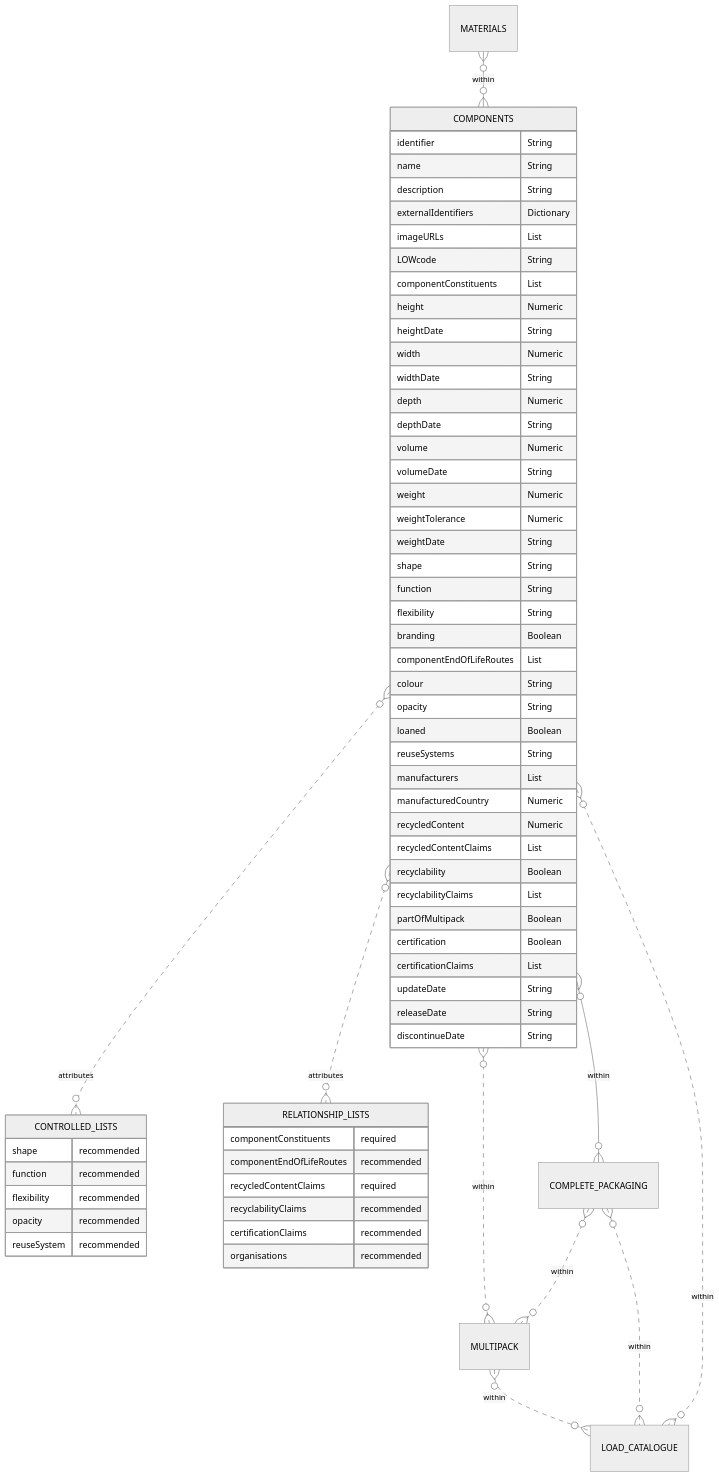
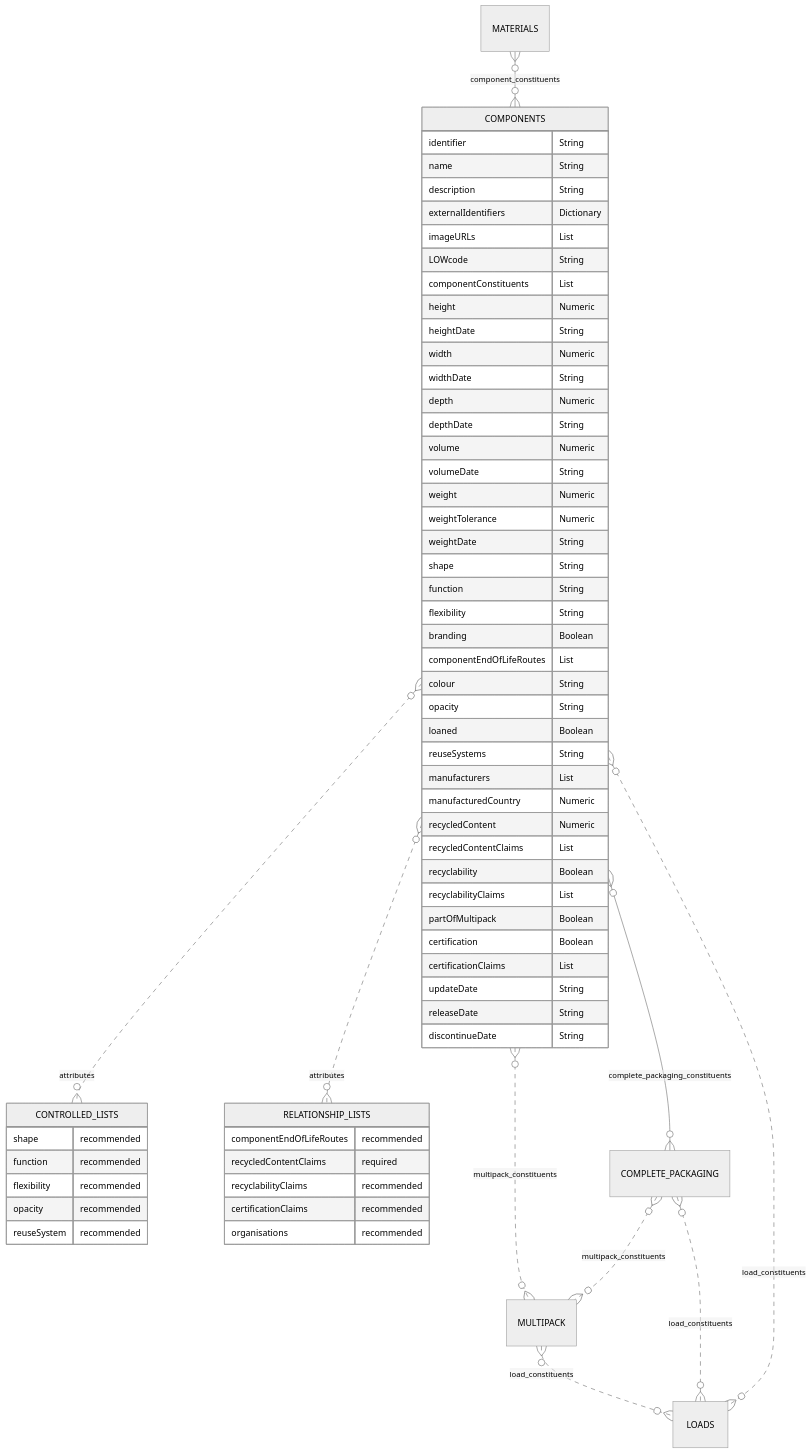
One commit to OpenDataManchester/Open3P changed the diagram in docs/3_Data_Specification/3_3_Components.md. Above: the diagram before and after it, drawn with Mermaid (neutral theme).

Commit message:
Update components with constituent joins

````diff
--- a/docs/3_Data_Specification/3_3_Components.md
+++ b/docs/3_Data_Specification/3_3_Components.md
@@ -56,68 +56,67 @@
 ``` mermaid
 erDiagram
-MATERIALS }o--o{ COMPONENTS : within
+MATERIALS }o--o{ COMPONENTS : component_constituents
   COMPONENTS {
     identifier String
     name String
     description String
     externalIdentifiers Dictionary
     imageURLs List
     LOWcode String
     componentConstituents List
     height Numeric
     heightDate String
     width Numeric
     widthDate String
     depth Numeric
     depthDate String
     volume Numeric
     volumeDate String
     weight Numeric
     weightTolerance Numeric
     weightDate String
     shape String
     function String
     flexibility String
     branding Boolean
     componentEndOfLifeRoutes List
     colour String
     opacity String
     loaned Boolean
     reuseSystems String
     manufacturers List
     manufacturedCountry Numeric
     recycledContent Numeric
     recycledContentClaims List
     recyclability Boolean
     recyclabilityClaims List
     partOfMultipack Boolean
     certification Boolean
     certificationClaims List
     updateDate String
     releaseDate String
     discontinueDate String
   }
   COMPONENTS }o..o{ CONTROLLED_LISTS : attributes
   COMPONENTS }o..o{ RELATIONSHIP_LISTS : attributes
-  COMPONENTS }o--o{ COMPLETE_PACKAGING : within
-  COMPONENTS }o..o{ MULTIPACK : within
-  MULTIPACK }o..o{ LOAD_CATALOGUE : within
-  COMPLETE_PACKAGING }o..o{ MULTIPACK : within
-  COMPLETE_PACKAGING }o..o{ LOAD_CATALOGUE : within
-  COMPONENTS }o..o{ LOAD_CATALOGUE : within
+  COMPONENTS }o--o{ COMPLETE_PACKAGING : complete_packaging_constituents
+  COMPONENTS }o..o{ MULTIPACK : multipack_constituents
+  MULTIPACK }o..o{ LOADS : load_constituents
+  COMPLETE_PACKAGING }o..o{ MULTIPACK : multipack_constituents
+  COMPLETE_PACKAGING }o..o{ LOADS : load_constituents
+  COMPONENTS }o..o{ LOADS : load_constituents
     CONTROLLED_LISTS {
     shape recommended
     function recommended
     flexibility recommended
     opacity recommended
     reuseSystem recommended
   }
   RELATIONSHIP_LISTS {
-    componentConstituents required
     componentEndOfLifeRoutes recommended
     recycledContentClaims required
     recyclabilityClaims recommended
     certificationClaims recommended
     organisations recommended
   }
 ```
````
